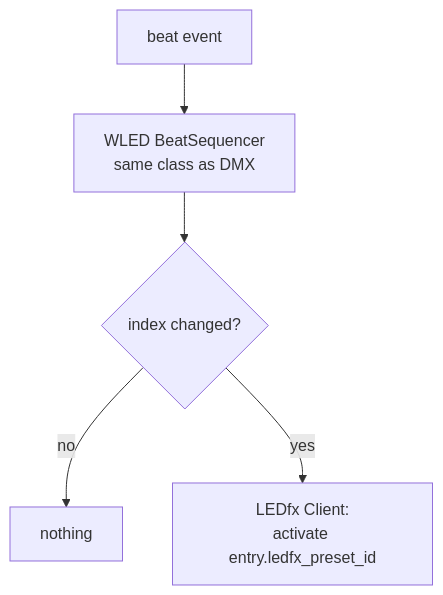
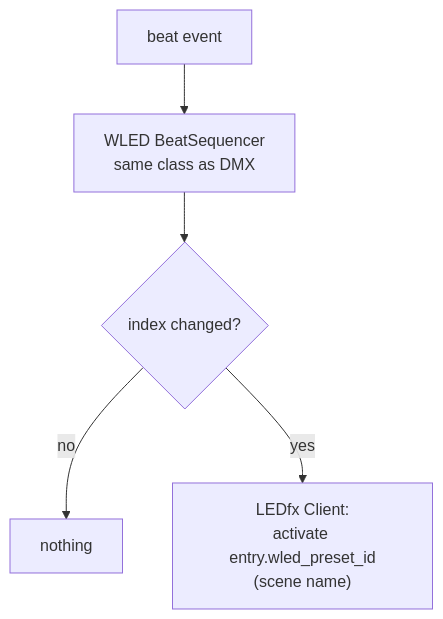
Before and after one commit to glane339/lightsappnew: the second of 2 diagrams in docs/wled_ledfx_architecture.md, drawn with Mermaid. The commit also changed other lines of this file and 8 other files, not shown here.

Commit message:
Add in ledfx client and connection to api. Will be tested to ensure connection works once new leds come in and I can connect ot box

````diff
--- a/docs/wled_ledfx_architecture.md
+++ b/docs/wled_ledfx_architecture.md
@@ -179,7 +183,7 @@
 ```mermaid
 flowchart TD
     A["beat event"] --> B["WLED BeatSequencer<br/>same class as DMX"]
     B --> C{"index changed?"}
     C -->|no| D["nothing"]
-    C -->|yes| E["LEDfx Client:<br/>activate entry.ledfx_preset_id"]
+    C -->|yes| E["LEDfx Client:<br/>activate entry.wled_preset_id<br/>(scene name)"]
 ```
````
